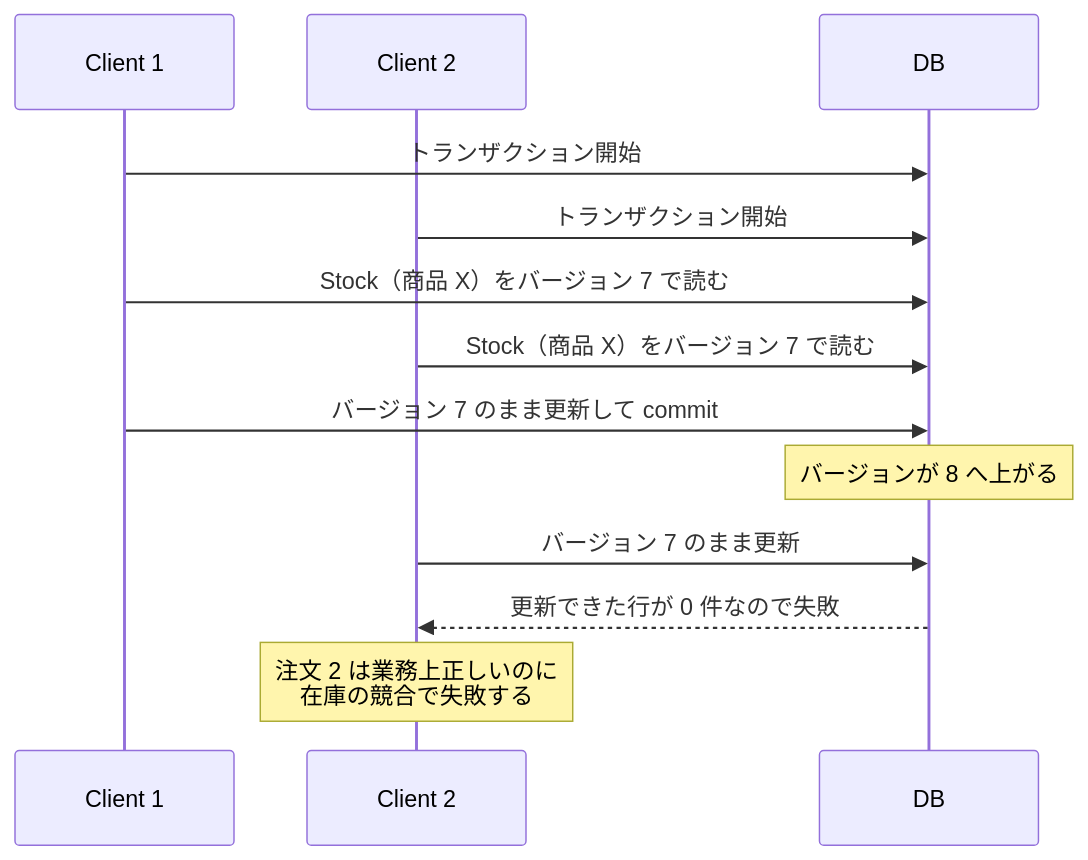
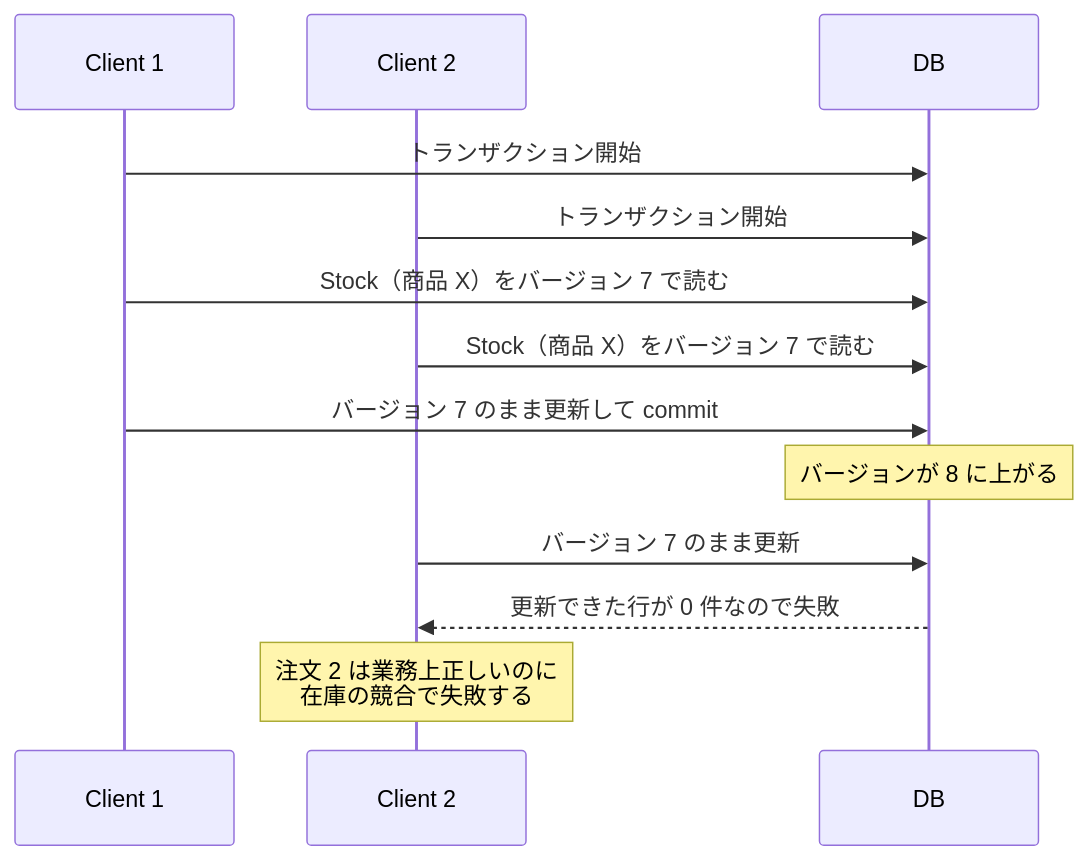
One commit to nao1215/debimate changed the second of 4 diagrams in content/notes/software-architecture/domain-event/index.md. Above: the diagram before and after it, drawn with Mermaid. The commit also changed other lines of this file and 46 other files, not shown here.

````diff
--- a/content/notes/software-architecture/domain-event/index.md
+++ b/content/notes/software-architecture/domain-event/index.md
@@ -75,15 +75,15 @@
 ```mermaid
 sequenceDiagram
     participant C1 as Client 1
     participant C2 as Client 2
     participant DB as DB
     C1->>DB: トランザクション開始
     C2->>DB: トランザクション開始
     C1->>DB: Stock（商品 X）をバージョン 7 で読む
     C2->>DB: Stock（商品 X）をバージョン 7 で読む
     C1->>DB: バージョン 7 のまま更新して commit
-    Note over DB: バージョンが 8 へ上がる
+    Note over DB: バージョンが 8 に上がる
     C2->>DB: バージョン 7 のまま更新
     DB-->>C2: 更新できた行が 0 件なので失敗
     Note over C2: 注文 2 は業務上正しいのに<br/>在庫の競合で失敗する
 ```
````
